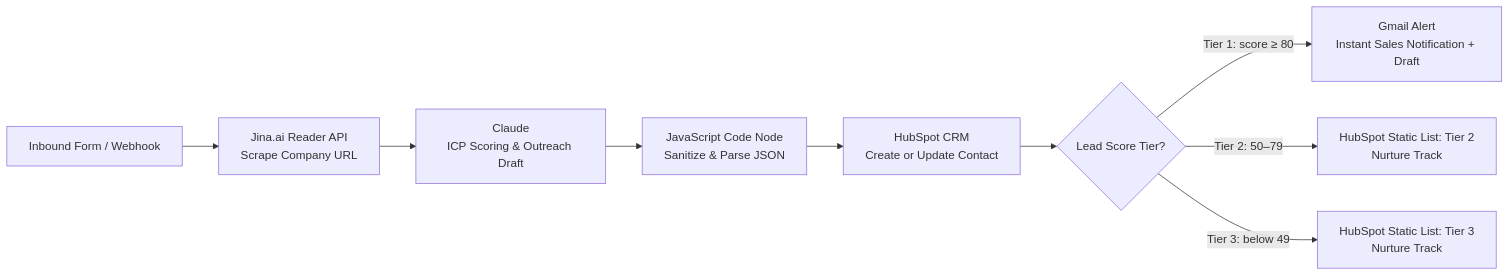
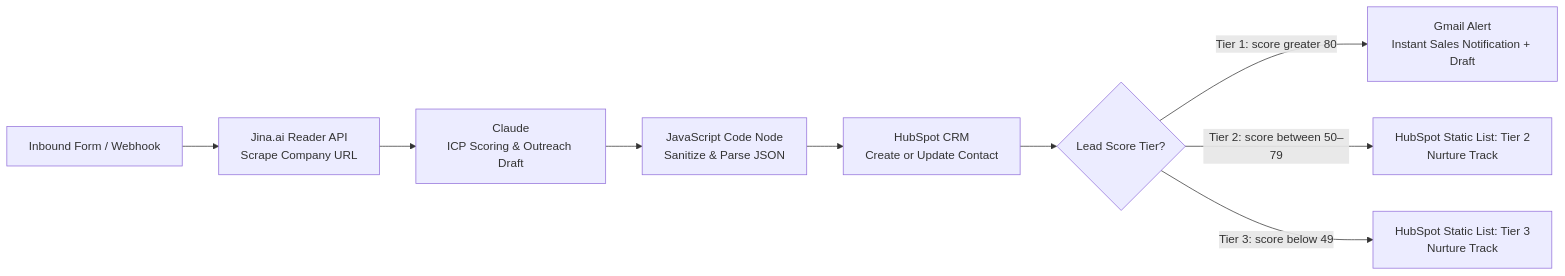
One commit to jlittle1994/ai-lead-enrichment-routing changed the diagram in README.md. Above: the diagram before and after it, drawn with Mermaid.

````diff
--- a/README.md
+++ b/README.md
@@ -25,11 +25,11 @@
 ```mermaid
 flowchart LR
     A[Inbound Form / Webhook] --> B[Jina.ai Reader API<br>Scrape Company URL]
     B --> C[Claude<br>ICP Scoring & Outreach Draft]
     C --> D[JavaScript Code Node<br>Sanitize & Parse JSON]
     D --> E[HubSpot CRM<br>Create or Update Contact]
     E --> F{Lead Score Tier?}
-    F -- "Tier 1: score ≥ 80" --> G[Gmail Alert<br>Instant Sales Notification + Draft]
-    F -- "Tier 2: 50–79" --> H[HubSpot Static List: Tier 2<br>Nurture Track]
-    F -- "Tier 3: below 49" --> I[HubSpot Static List: Tier 3<br>Nurture Track]
+    F -- "Tier 1: score greater 80" --> G[Gmail Alert<br>Instant Sales Notification + Draft]
+    F -- "Tier 2: score between 50–79" --> H[HubSpot Static List: Tier 2<br>Nurture Track]
+    F -- "Tier 3: score below 49" --> I[HubSpot Static List: Tier 3<br>Nurture Track]
 ```
````
